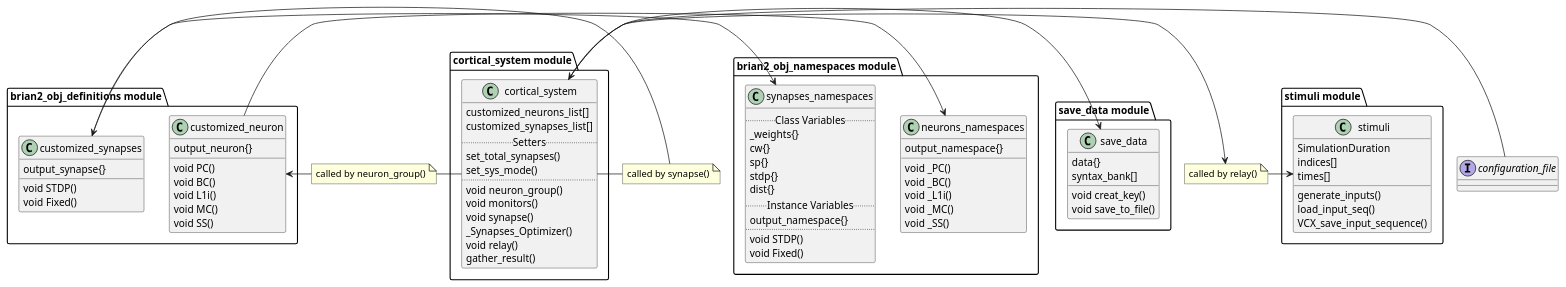
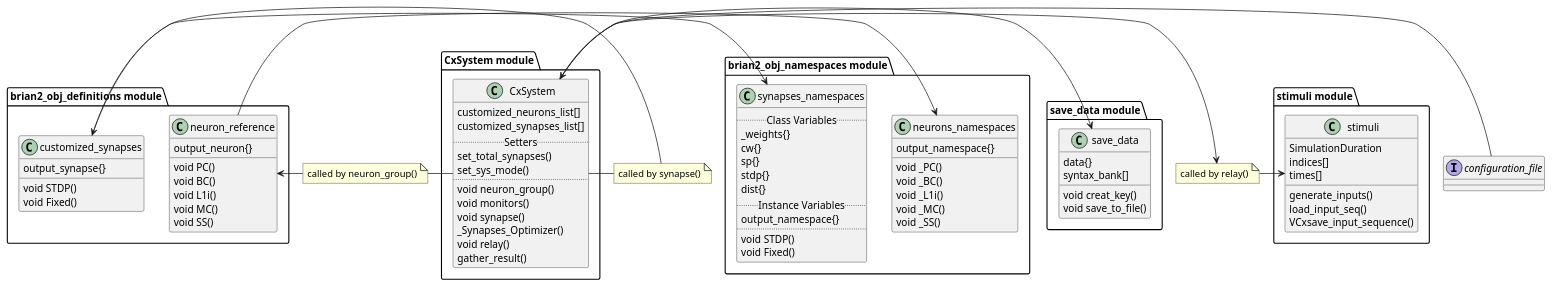
Before and after one commit to VisualNeuroscience-UH/CxSystem: the diagram in main_uml.puml, drawn with PlantUML. The commit also changed 25 other files, not shown here.

```diff
--- a/main_uml.puml
+++ b/main_uml.puml
@@ -1,99 +1,99 @@
 @startuml
 
 note "called by neuron_group()" as N1
 note "called by synapse()" as N2
 note "called by relay()" as N3
 
-package "cortical_system module"{
-class cortical_system {
+package "CxSystem module"{
+class CxSystem {
 customized_neurons_list[]
 customized_synapses_list[]
 .. Setters ..
 set_total_synapses()
 set_sys_mode()
 ....
 void neuron_group()
 void monitors()
 void synapse()
 _Synapses_Optimizer()
 void relay()
 gather_result()
 }
 }
 
 package "brian2_obj_definitions module"{
-class customized_neuron{
+class neuron_reference{
 output_neuron{}
 void PC()
 void BC()
 void L1i()
 void MC()
 void SS()
 }
 
 class customized_synapses{
 output_synapse{}
 void STDP()
 void Fixed()
 }
 
-customized_neuron <- N1
-N1 -cortical_system
+neuron_reference <- N1
+N1 -CxSystem
 customized_synapses <- N2
-N2-cortical_system
+N2-CxSystem
 }
 
 package "brian2_obj_namespaces module" {
 class "synapses_namespaces"{
 .. Class Variables ..
 _weights{}
 cw{}
 sp{}
 stdp{}
 dist{}
 .. Instance Variables ..
 output_namespace{}
 ....
 void STDP()
 void Fixed()
 }
 class "neurons_namespaces"{
 
 output_namespace{}
 void _PC()
 void _BC()
 void _L1i()
 void _MC()
 void _SS()
 }
-neurons_namespaces<-customized_neuron
+neurons_namespaces<-neuron_reference
 synapses_namespaces<-customized_synapses
 }
 
 package "save_data module"{
 class save_data {
 data{}
 syntax_bank[]
 void creat_key()
 void save_to_file()
 }
-cortical_system->save_data
+CxSystem->save_data
 }
 
 package "stimuli module" {
 class stimuli {
 SimulationDuration
 indices[]
 times[]
 generate_inputs()
 load_input_seq()
-VCX_save_input_sequence()
+VCxsave_input_sequence()
 }
-cortical_system->N3
+CxSystem->N3
 N3->stimuli
 }
 
 interface configuration_file
-configuration_file->cortical_system
+configuration_file->CxSystem
 
 @enduml
```
